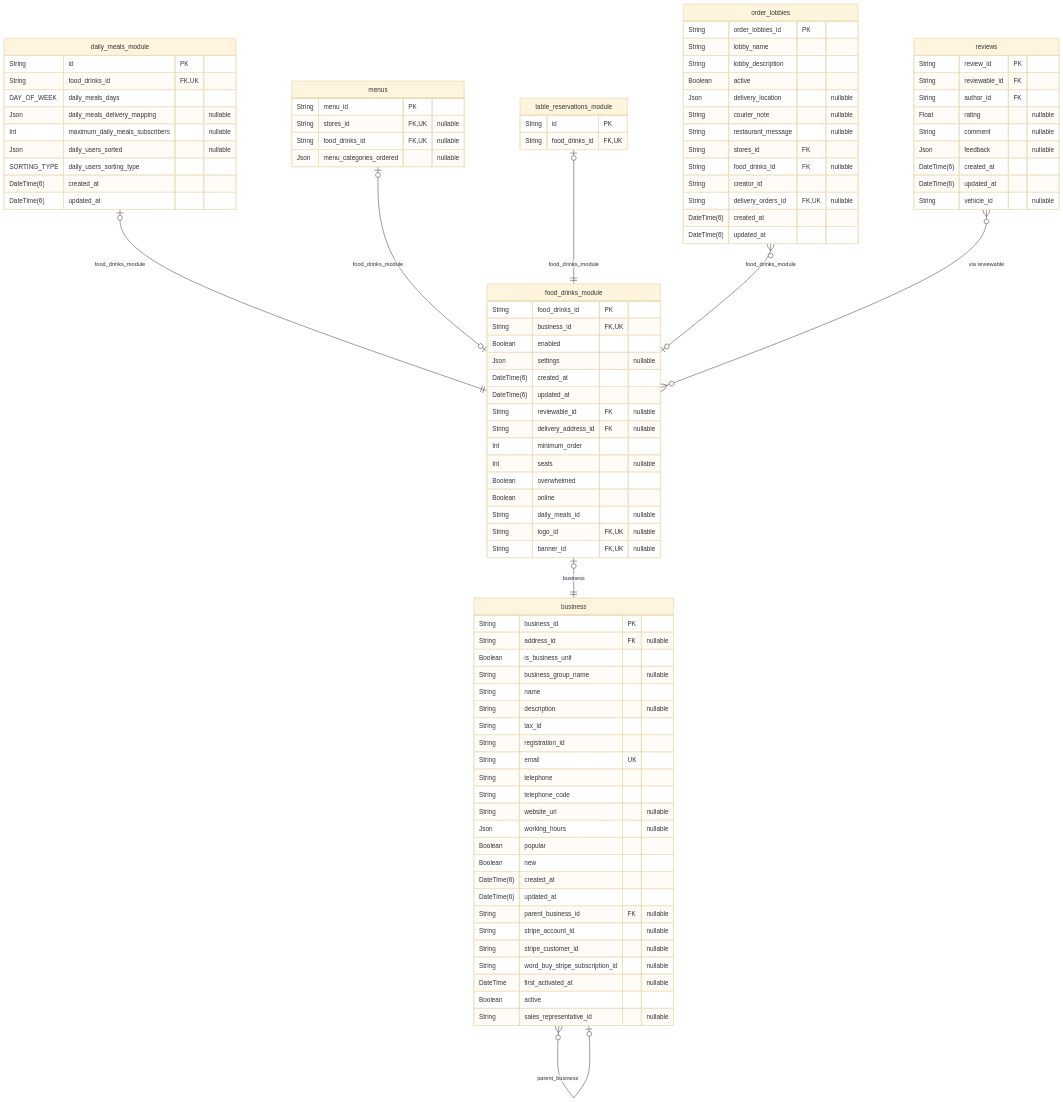
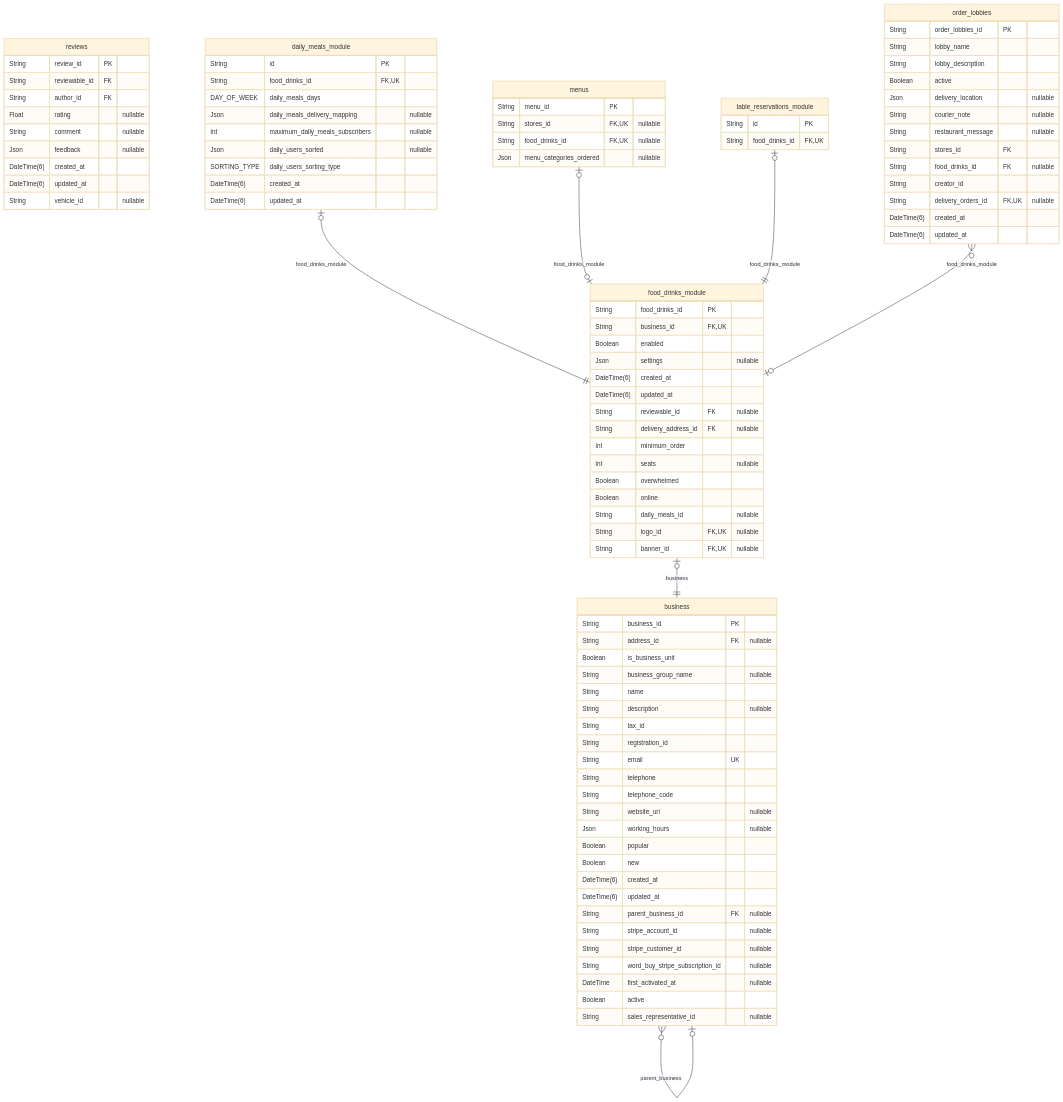
Before and after one commit to pbozic/be-analyisis: diagram 23 of 40 in prisma/schemas/ERD.md, drawn with Mermaid (base theme). The commit also changed other lines of this file and 18 other files, not shown here.

````diff
--- a/prisma/schemas/ERD.md
+++ b/prisma/schemas/ERD.md
@@ -3953,5 +3936,4 @@
 "menus" |o--o| "food_drinks_module" : food_drinks_module
 "table_reservations_module" |o--|| "food_drinks_module" : food_drinks_module
 "order_lobbies" }o--o| "food_drinks_module" : food_drinks_module
-"reviews" }o--o{ "food_drinks_module" : "via reviewable"
 ```
````
